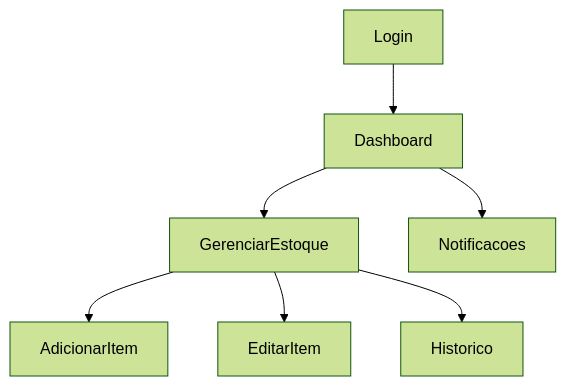
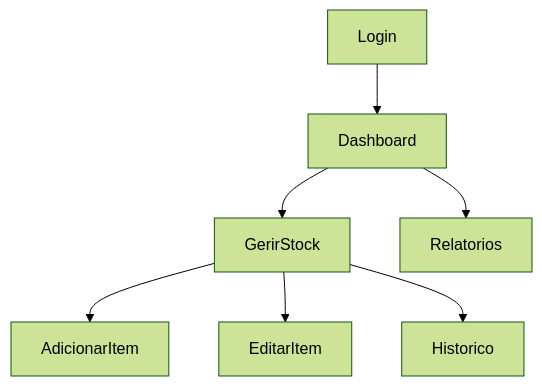
The diagram in README.md (MarcoMacedo29/AppComputacaoMovel), drawn with Mermaid (forest theme) before and after one commit. The commit also changed other lines of this file, not shown here.

````diff
--- a/README.md
+++ b/README.md
@@ -64,9 +74,9 @@
 ```mermaid
 graph TD;
     Login --> Dashboard;
-    Dashboard --> GerenciarEstoque;
-    GerenciarEstoque --> AdicionarItem;
-    GerenciarEstoque --> EditarItem;
-    GerenciarEstoque --> Historico;
-    Dashboard --> Notificacoes;
+    Dashboard --> GerirStock;
+    GerirStock --> AdicionarItem;
+    GerirStock --> EditarItem;
+    GerirStock --> Historico;
+    Dashboard --> Relatorios;
 ```
````
